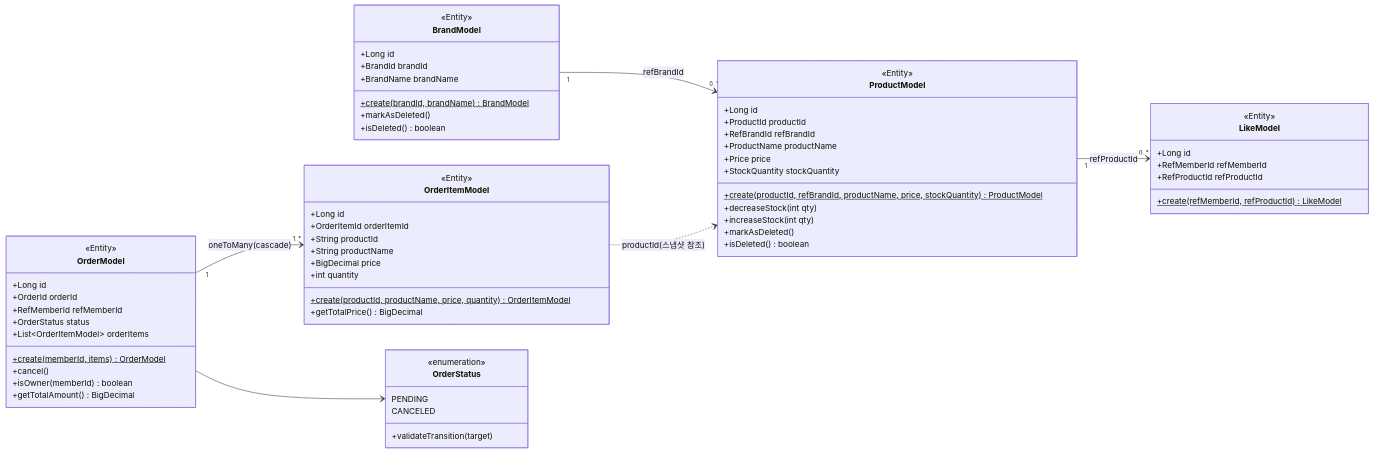
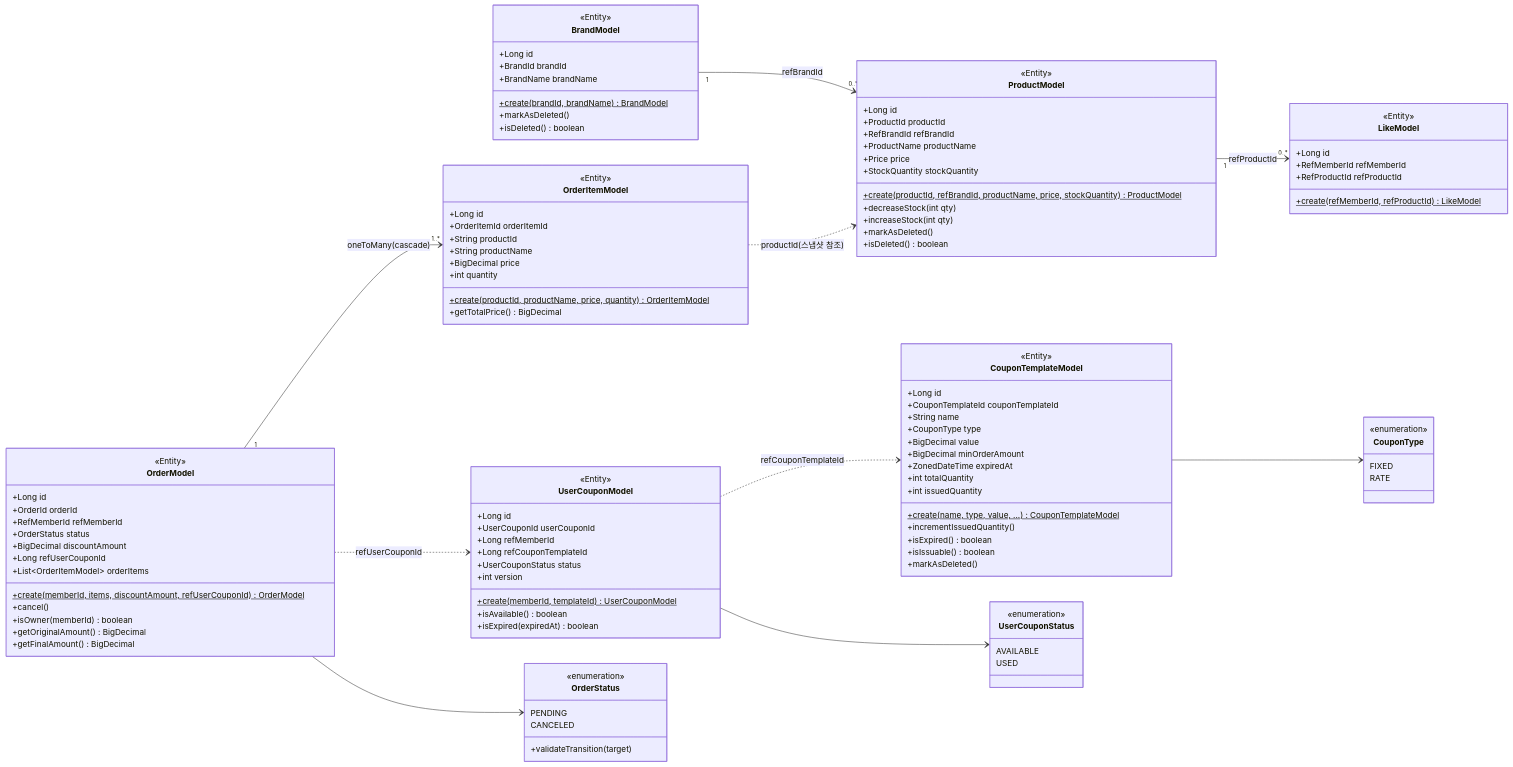
Before and after one commit to YoHanKi/loop-pack-be-l2-vol3-java: the second of 9 diagrams in docs/design/03-class-diagram.md, drawn with Mermaid. The commit also changed other lines of this file and 31 other files, not shown here.

````diff
--- a/docs/design/03-class-diagram.md
+++ b/docs/design/03-class-diagram.md
@@ -76,11 +80,14 @@
         +OrderId orderId
         +RefMemberId refMemberId
         +OrderStatus status
+        +BigDecimal discountAmount
+        +Long refUserCouponId
         +List~OrderItemModel~ orderItems
-        +create(memberId, items) OrderModel$
+        +create(memberId, items, discountAmount, refUserCouponId) OrderModel$
         +cancel()
         +isOwner(memberId) boolean
-        +getTotalAmount() BigDecimal
+        +getOriginalAmount() BigDecimal
+        +getFinalAmount() BigDecimal
     }
 
     class OrderItemModel {
@@ -95,6 +102,37 @@
         +getTotalPrice() BigDecimal
     }
 
+    class CouponTemplateModel {
+        <<Entity>>
+        +Long id
+        +CouponTemplateId couponTemplateId
+        +String name
+        +CouponType type
+        +BigDecimal value
+        +BigDecimal minOrderAmount
+        +ZonedDateTime expiredAt
+        +int totalQuantity
+        +int issuedQuantity
+        +create(name, type, value, ...) CouponTemplateModel$
+        +incrementIssuedQuantity()
+        +isExpired() boolean
+        +isIssuable() boolean
+        +markAsDeleted()
+    }
+
+    class UserCouponModel {
+        <<Entity>>
+        +Long id
+        +UserCouponId userCouponId
+        +Long refMemberId
+        +Long refCouponTemplateId
+        +UserCouponStatus status
+        +int version
+        +create(memberId, templateId) UserCouponModel$
+        +isAvailable() boolean
+        +isExpired(expiredAt) boolean
+    }
+
     class OrderStatus {
         <<enumeration>>
         PENDING
@@ -102,9 +140,25 @@
         +validateTransition(target)
     }
 
+    class CouponType {
+        <<enumeration>>
+        FIXED
+        RATE
+    }
+
+    class UserCouponStatus {
+        <<enumeration>>
+        AVAILABLE
+        USED
+    }
+
     BrandModel "1" --> "0..*" ProductModel : refBrandId
     ProductModel "1" --> "0..*" LikeModel : refProductId
     OrderModel "1" --> "1..*" OrderItemModel : oneToMany(cascade)
     OrderItemModel ..> ProductModel : productId(스냅샷 참조)
     OrderModel --> OrderStatus
+    OrderModel ..> UserCouponModel : refUserCouponId
+    CouponTemplateModel --> CouponType
+    UserCouponModel --> UserCouponStatus
+    UserCouponModel ..> CouponTemplateModel : refCouponTemplateId
 ```
````
